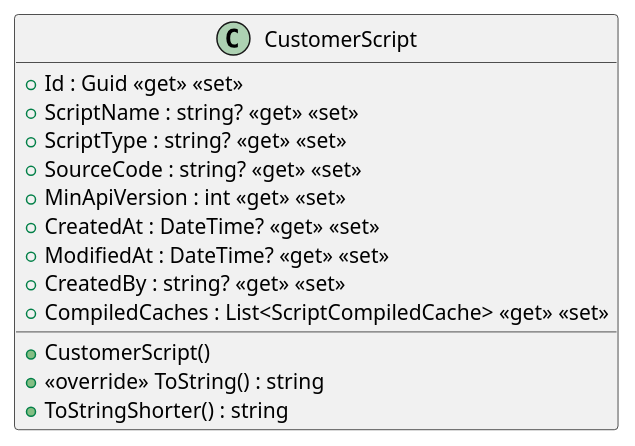
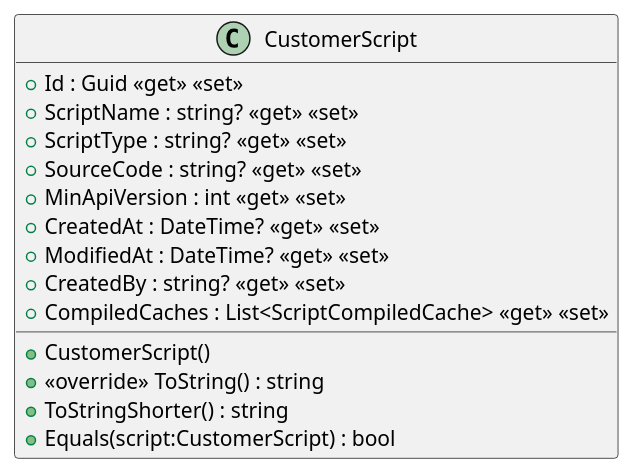
One commit to conrad-gilles/Scripting-Proof-of-Concept changed the diagram in diagrams/scripting/src/DbFiles/CustomerScript.puml. Above: the diagram before and after it, drawn with PlantUML. The commit also changed 19 other files, not shown here.

```diff
--- a/diagrams/scripting/src/DbFiles/CustomerScript.puml
+++ b/diagrams/scripting/src/DbFiles/CustomerScript.puml
@@ -1,16 +1,17 @@
 @startuml
 class CustomerScript {
     + Id : Guid <<get>> <<set>>
     + ScriptName : string? <<get>> <<set>>
     + ScriptType : string? <<get>> <<set>>
     + SourceCode : string? <<get>> <<set>>
     + MinApiVersion : int <<get>> <<set>>
     + CreatedAt : DateTime? <<get>> <<set>>
     + ModifiedAt : DateTime? <<get>> <<set>>
     + CreatedBy : string? <<get>> <<set>>
     + CompiledCaches : List<ScriptCompiledCache> <<get>> <<set>>
     + CustomerScript()
     + <<override>> ToString() : string
     + ToStringShorter() : string
+    + Equals(script:CustomerScript) : bool
 }
 @enduml
```
